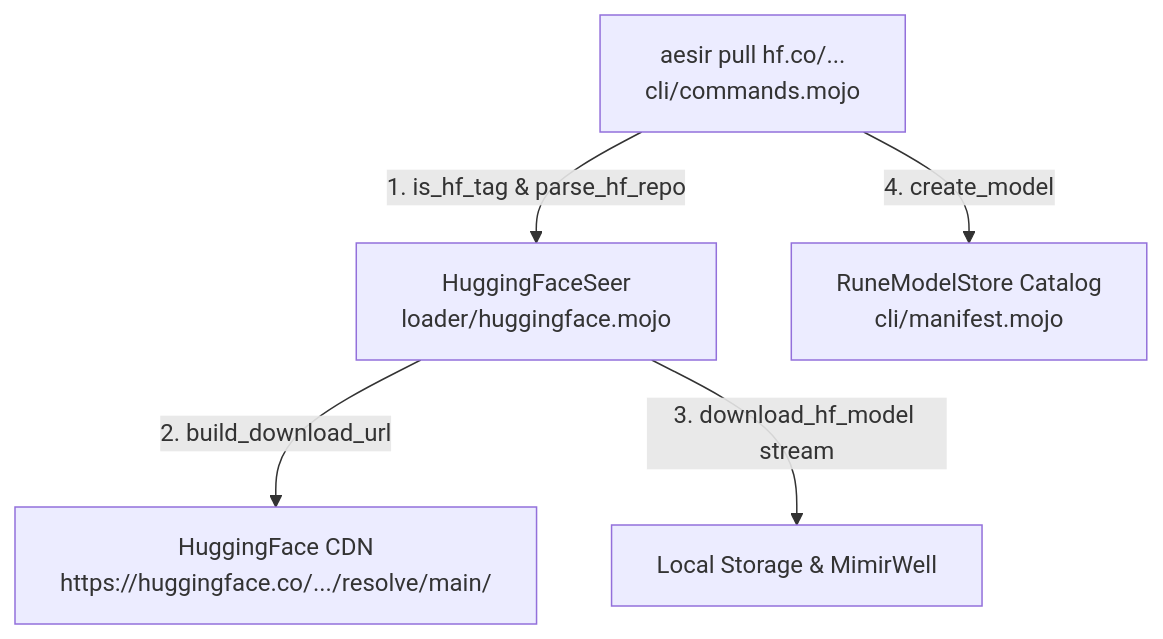
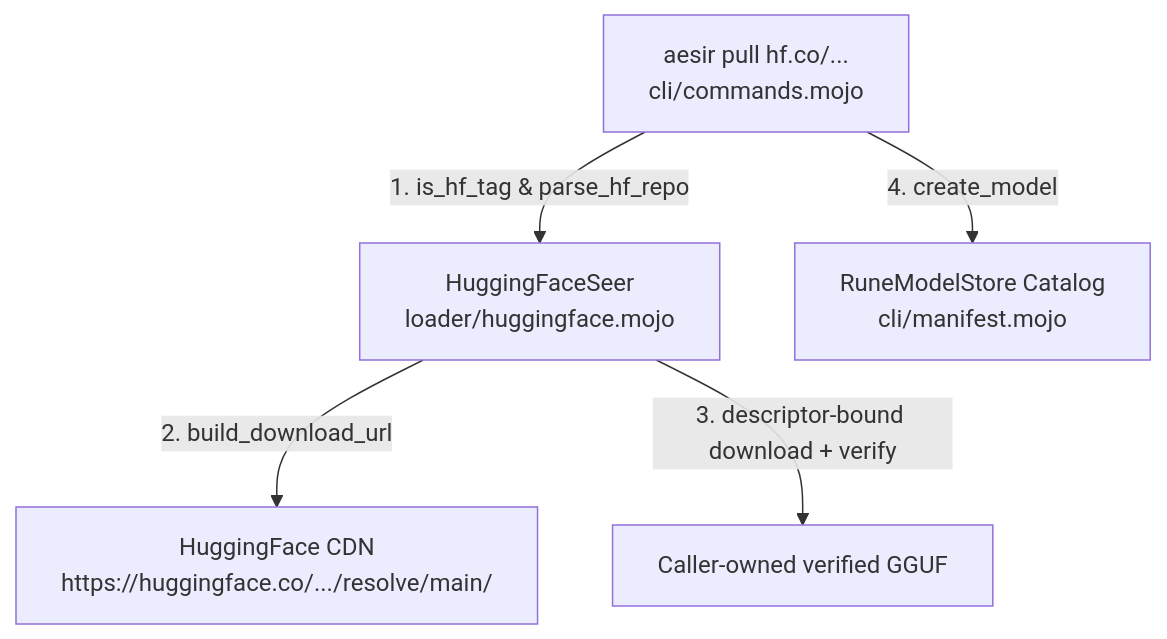
One commit to hrabanazviking/RuneForgeAI-Project-Aesir changed the eighth of 9 diagrams in docs/ARCHITECTURE.md. Above: the diagram before and after it, drawn with Mermaid. The commit also changed other lines of this file and 14 other files, not shown here.

Commit message:
feat(download): bind resumable pulls to verified inode

````diff
--- a/docs/ARCHITECTURE.md
+++ b/docs/ARCHITECTURE.md
@@ -465,7 +465,7 @@
 ```mermaid
 graph TD
     CLI[aesir pull hf.co/...<br/>cli/commands.mojo] -->|1. is_hf_tag & parse_hf_repo| HFSeer[HuggingFaceSeer<br/>loader/huggingface.mojo]
     HFSeer -->|2. build_download_url| CDN[HuggingFace CDN<br/>https://huggingface.co/.../resolve/main/]
-    HFSeer -->|3. download_hf_model stream| Disk[Local Storage & MimirWell]
+    HFSeer -->|3. descriptor-bound download + verify| Disk[Caller-owned verified GGUF]
     CLI -->|4. create_model| Store[RuneModelStore Catalog<br/>cli/manifest.mojo]
 ```
````
